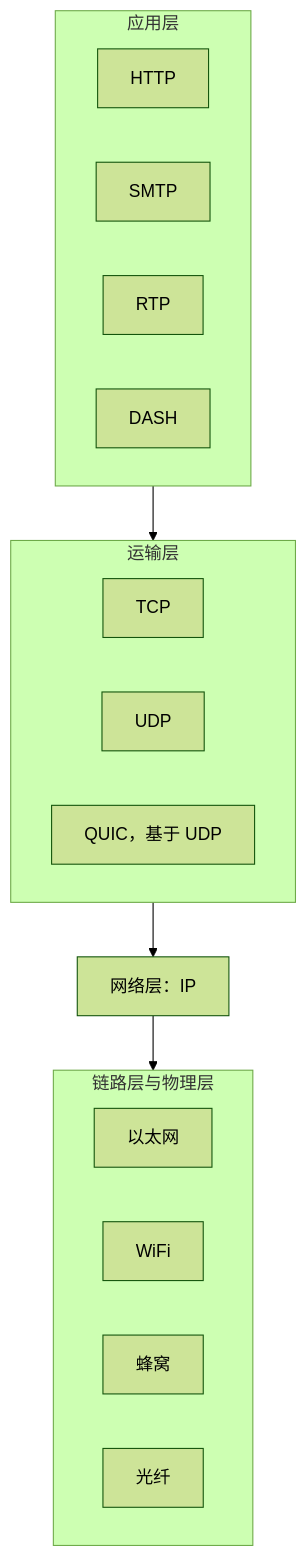
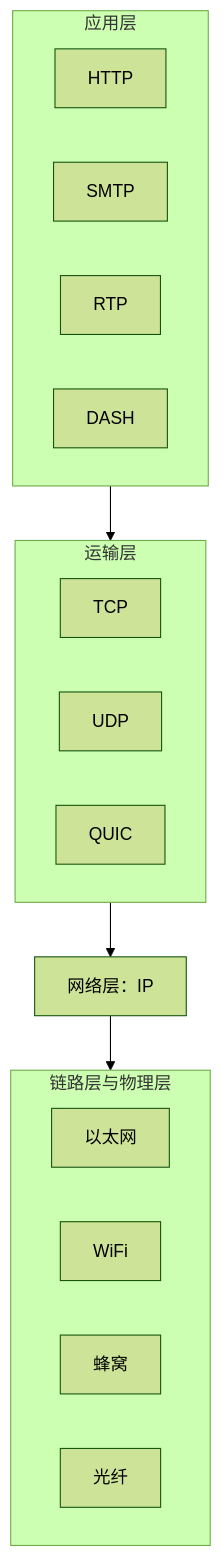
One commit to Meer-Matze/Meer-Matze.github.io changed the ninth of 9 diagrams in src/content/posts/网络层：数据平面.md. Above: the diagram before and after it, drawn with Mermaid (forest theme). The commit also changed other lines of this file, not shown here.

````diff
--- a/src/content/posts/网络层：数据平面.md
+++ b/src/content/posts/网络层：数据平面.md
@@ -687,22 +1001,22 @@
 ```mermaid
 flowchart TB
     subgraph App["应用层"]
         HTTP["HTTP"]
         SMTP["SMTP"]
         RTP["RTP"]
         DASH["DASH"]
     end
     subgraph Transport["运输层"]
         TCP["TCP"]
         UDP["UDP"]
-        QUIC["QUIC，基于 UDP"]
+        QUIC["QUIC"]
     end
     IP["网络层：IP"]
     subgraph Link["链路层与物理层"]
         Ethernet["以太网"]
         WiFi["WiFi"]
         Cellular["蜂窝"]
         Fiber["光纤"]
     end
     App --> Transport --> IP --> Link
 ```
````
